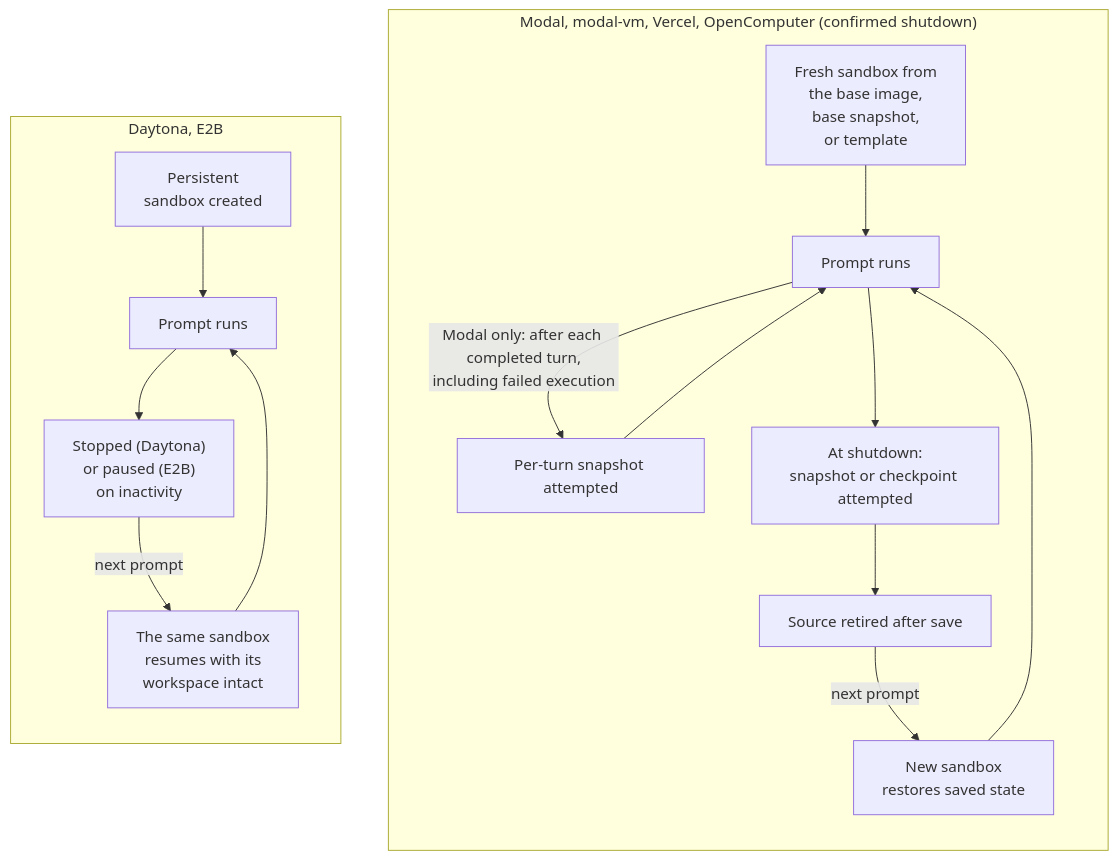
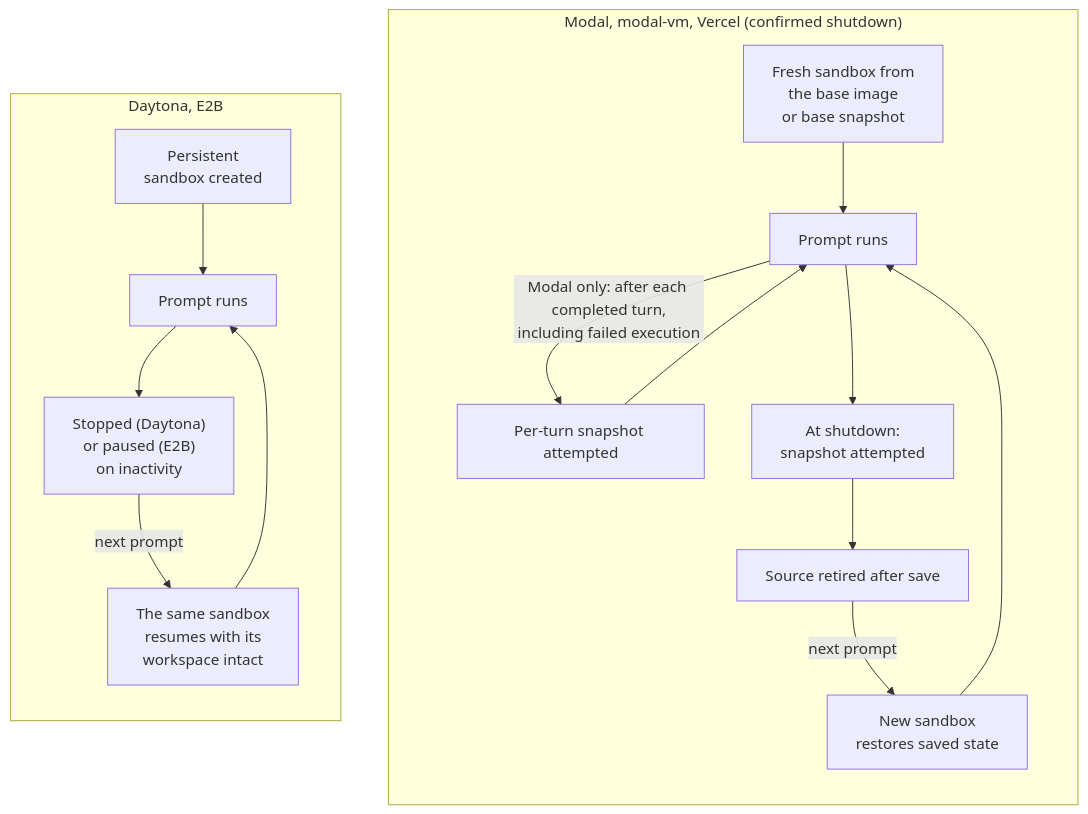
Before and after one commit to ColeMurray/background-agents: the diagram in packages/docs/content/docs/configure/sandbox-providers.mdx, drawn with Mermaid. The commit also changed other lines of this file and 77 other files, not shown here.

Commit message:
chore: remove OpenComputer sandbox provider

````diff
--- a/packages/docs/content/docs/configure/sandbox-providers.mdx
+++ b/packages/docs/content/docs/configure/sandbox-providers.mdx
@@ -43,21 +42,21 @@
 ```mermaid
 flowchart TB
     accTitle: Snapshot-based providers compared with persistent providers
-    subgraph snap["Modal, modal-vm, Vercel, OpenComputer (confirmed shutdown)"]
+    subgraph snap["Modal, modal-vm, Vercel (confirmed shutdown)"]
         direction TB
-        s1["Fresh sandbox from<br/>the base image,<br/>base snapshot,<br/>or template"] --> s2["Prompt runs"]
+        s1["Fresh sandbox from<br/>the base image<br/>or base snapshot"] --> s2["Prompt runs"]
         s2 -- "Modal only: after each completed turn,<br/>including failed execution" --> st["Per-turn snapshot attempted"]
         st --> s2
-        s2 --> s3["At shutdown:<br/>snapshot or checkpoint attempted"]
+        s2 --> s3["At shutdown:<br/>snapshot attempted"]
         s3 --> s4["Source retired after save"]
         s4 -- "next prompt" --> s5["New sandbox<br/>restores saved state"]
         s5 --> s2
     end
     subgraph persist["Daytona, E2B"]
         direction TB
         p1["Persistent<br/>sandbox created"] --> p2["Prompt runs"]
         p2 --> p3["Stopped (Daytona)<br/>or paused (E2B)<br/>on inactivity"]
         p3 -- "next prompt" --> p4["The same sandbox<br/>resumes with its<br/>workspace intact"]
         p4 --> p2
     end
 ```
````
